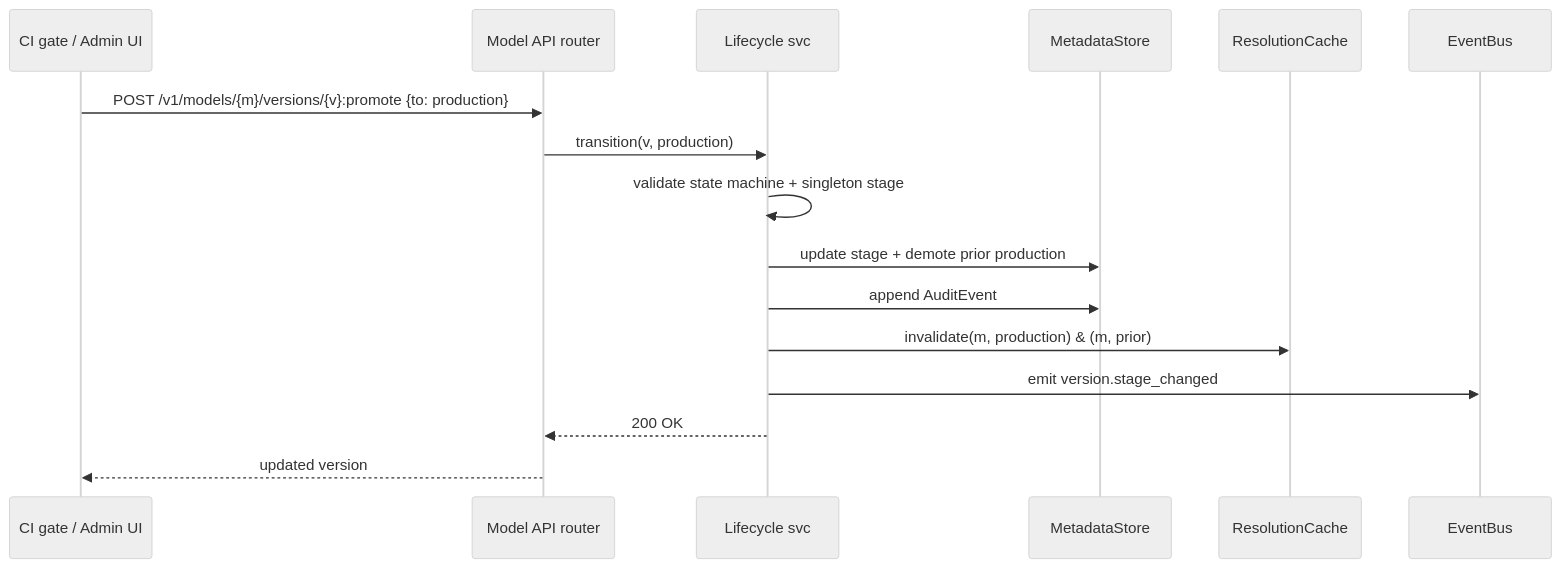
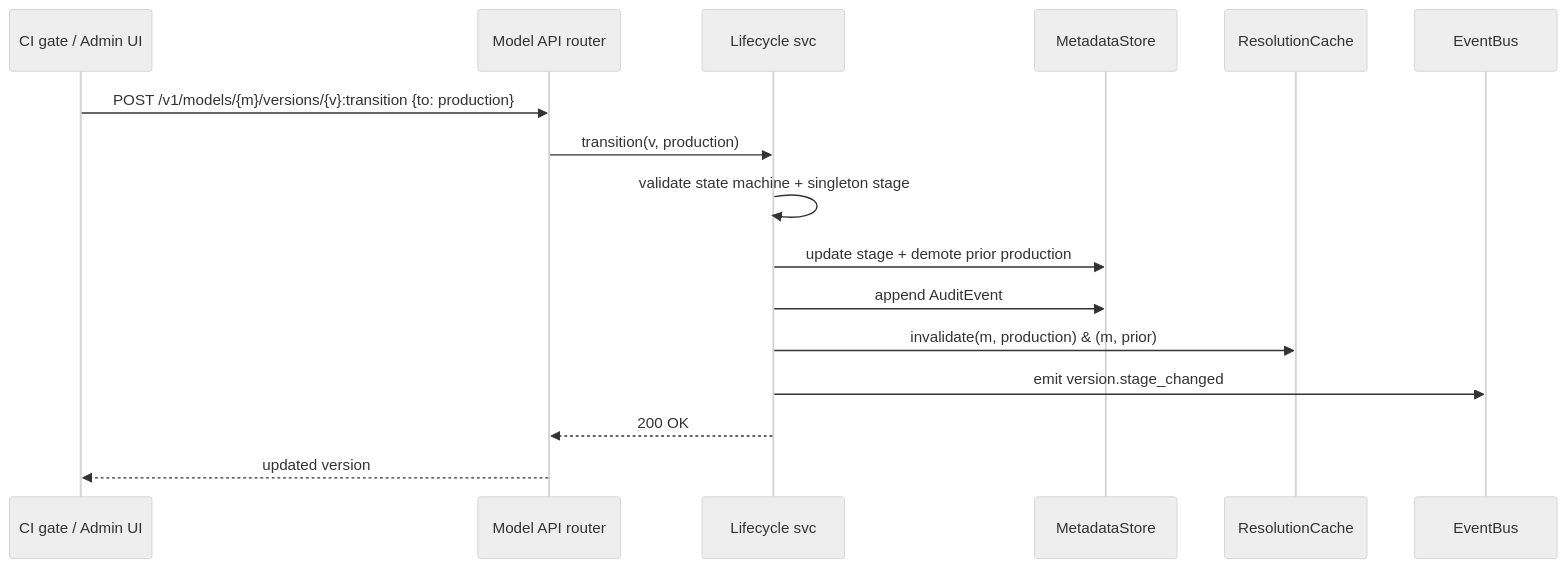
One commit to proseria-research/lineage changed the fourth of 5 diagrams in docs/01-architecture-overview.md. Above: the diagram before and after it, drawn with Mermaid (neutral theme). The commit also changed 1 other file, not shown here.

Commit message:
docs: add Model API contract (03)
- docs/03-model-api.md: /v1 machine-facing API — conventions (name-
  addressed, OpenAPI-first, idempotency, actor header), resource map,
  cursor pagination/filter/sort, Models/Versions/Artifacts CRUD, the
  two publish paths (register-by-reference and signed upload), the
  canonical :transition lifecycle action, lineage/deployments stubs,
  and an RFC 9457 problem+json error catalog
- Reconcile docs/01 promote flow to the canonical :transition endpoint

````diff
--- a/docs/01-architecture-overview.md
+++ b/docs/01-architecture-overview.md
@@ -159,19 +159,19 @@
 ```mermaid
 sequenceDiagram
     participant U as CI gate / Admin UI
     participant A as Model API router
     participant L as Lifecycle svc
     participant DB as MetadataStore
     participant C as ResolutionCache
     participant E as EventBus
 
-    U->>A: POST /v1/models/{m}/versions/{v}:promote {to: production}
+    U->>A: POST /v1/models/{m}/versions/{v}:transition {to: production}
     A->>L: transition(v, production)
     L->>L: validate state machine + singleton stage
     L->>DB: update stage + demote prior production
     L->>DB: append AuditEvent
     L->>C: invalidate(m, production) & (m, prior)
     L->>E: emit version.stage_changed
     L-->>A: 200 OK
     A-->>U: updated version
 ```
````
